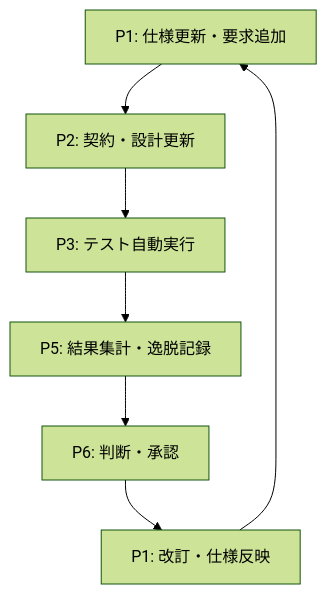
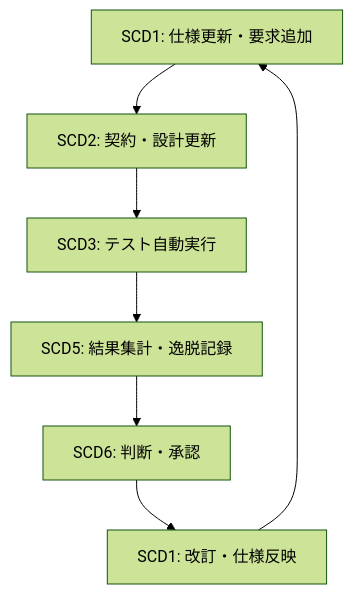
The second of 2 diagrams in 0-standards/2-scd/G0200-STD-SCD0-CycleOverview.md (tkoba0410/DocFoundry), drawn with Mermaid (forest theme) before and after one commit. The commit also changed other lines of this file and 8 other files, not shown here.

````diff
--- a/0-standards/2-scd/G0200-STD-SCD0-CycleOverview.md
+++ b/0-standards/2-scd/G0200-STD-SCD0-CycleOverview.md
@@ -163,9 +174,9 @@
 ```mermaid
 flowchart TD
-    A[P1: 仕様更新・要求追加] --> B[P2: 契約・設計更新]
-    B --> C[P3: テスト自動実行]
-    C --> D[P5: 結果集計・逸脱記録]
-    D --> E[P6: 判断・承認]
-    E --> F[P1: 改訂・仕様反映]
+    A[SCD1: 仕様更新・要求追加] --> B[SCD2: 契約・設計更新]
+    B --> C[SCD3: テスト自動実行]
+    C --> D[SCD5: 結果集計・逸脱記録]
+    D --> E[SCD6: 判断・承認]
+    E --> F[SCD1: 改訂・仕様反映]
     F --> A
 ```
````
